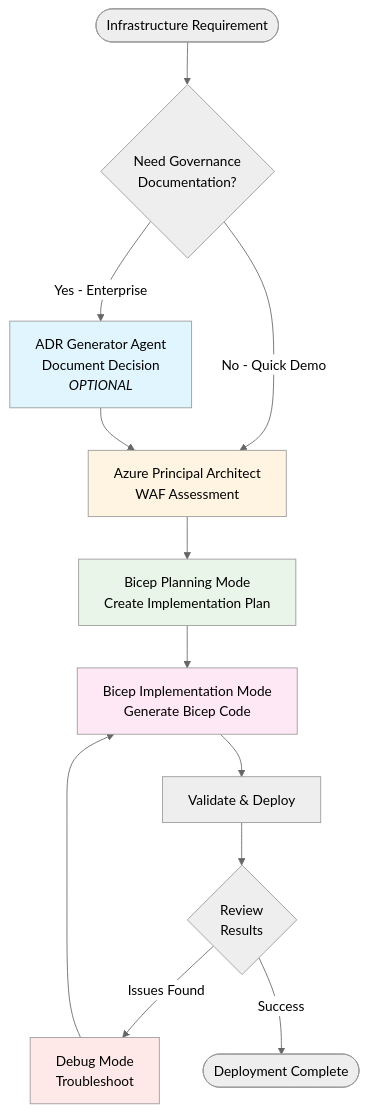
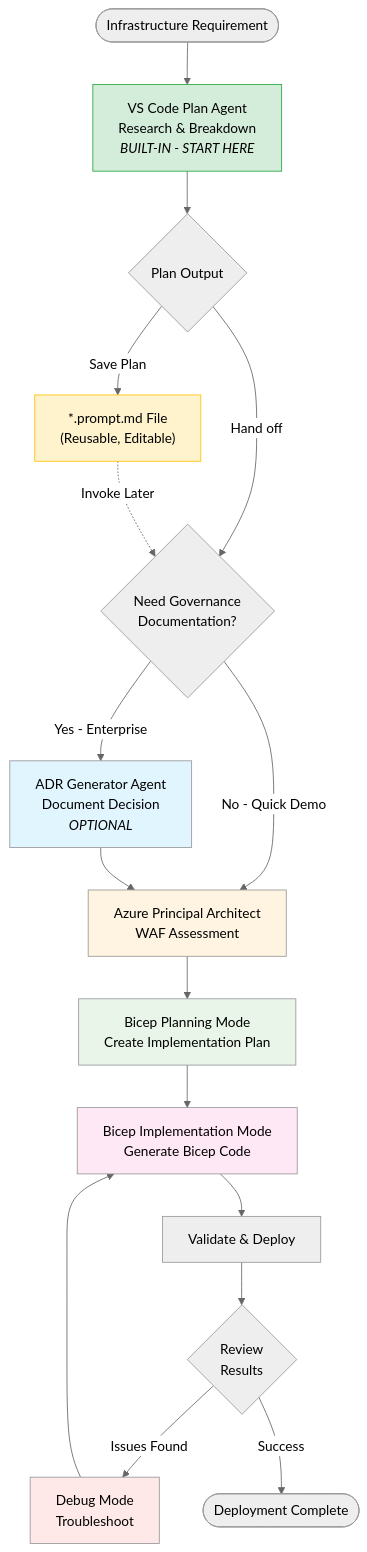
The first of 2 diagrams in resources/copilot-customizations/FIVE-MODE-WORKFLOW.md (jonathan-vella/github-copilot-itpro), drawn with Mermaid before and after one commit. The commit also changed other lines of this file and 5 other files, not shown here.

First line of the commit message:
Refactor Five-Agent Workflow Documentation to Integrate VS Code's Built-in Plan Agent

````diff
--- a/resources/copilot-customizations/FIVE-MODE-WORKFLOW.md
+++ b/resources/copilot-customizations/FIVE-MODE-WORKFLOW.md
@@ -24,29 +28,39 @@
 ```mermaid
 %%{init: {'theme':'neutral'}}%%
 graph TB
-    Start([Infrastructure Requirement]) --> Decision{Need Governance<br/>Documentation?}
+    Start([Infrastructure Requirement]) --> Plan[VS Code Plan Agent<br/>Research & Breakdown<br/><i>BUILT-IN - START HERE</i>]
+
+    Plan --> PlanOutput{Plan Output}
+    PlanOutput -->|Save Plan| PromptFile["*.prompt.md File<br/>(Reusable, Editable)"]
+    PlanOutput -->|Hand off| Decision
+
+    PromptFile -.->|Invoke Later| Decision
+
+    Decision{Need Governance<br/>Documentation?}
 
     Decision -->|Yes - Enterprise| ADR[ADR Generator Agent<br/>Document Decision<br/><i>OPTIONAL</i>]
     Decision -->|No - Quick Demo| Arch
 
     ADR --> Arch[Azure Principal Architect<br/>WAF Assessment]
 
-    Arch --> Plan[Bicep Planning Mode<br/>Create Implementation Plan]
+    Arch --> BicepPlan[Bicep Planning Mode<br/>Create Implementation Plan]
 
-    Plan --> Implement[Bicep Implementation Mode<br/>Generate Bicep Code]
+    BicepPlan --> Implement[Bicep Implementation Mode<br/>Generate Bicep Code]
 
     Implement --> Validate[Validate & Deploy]
 
     Validate --> Review{Review<br/>Results}
 
     Review -->|Issues Found| Debug[Debug Mode<br/>Troubleshoot]
     Debug --> Implement
 
     Review -->|Success| Complete([Deployment Complete])
 
+    style Plan fill:#d4edda,stroke:#28a745
+    style PromptFile fill:#fff3cd,stroke:#ffc107
     style ADR fill:#e1f5ff
     style Arch fill:#fff4e1
-    style Plan fill:#e8f5e8
+    style BicepPlan fill:#e8f5e8
     style Implement fill:#ffe8f5
     style Debug fill:#ffe8e8
 ```
````
